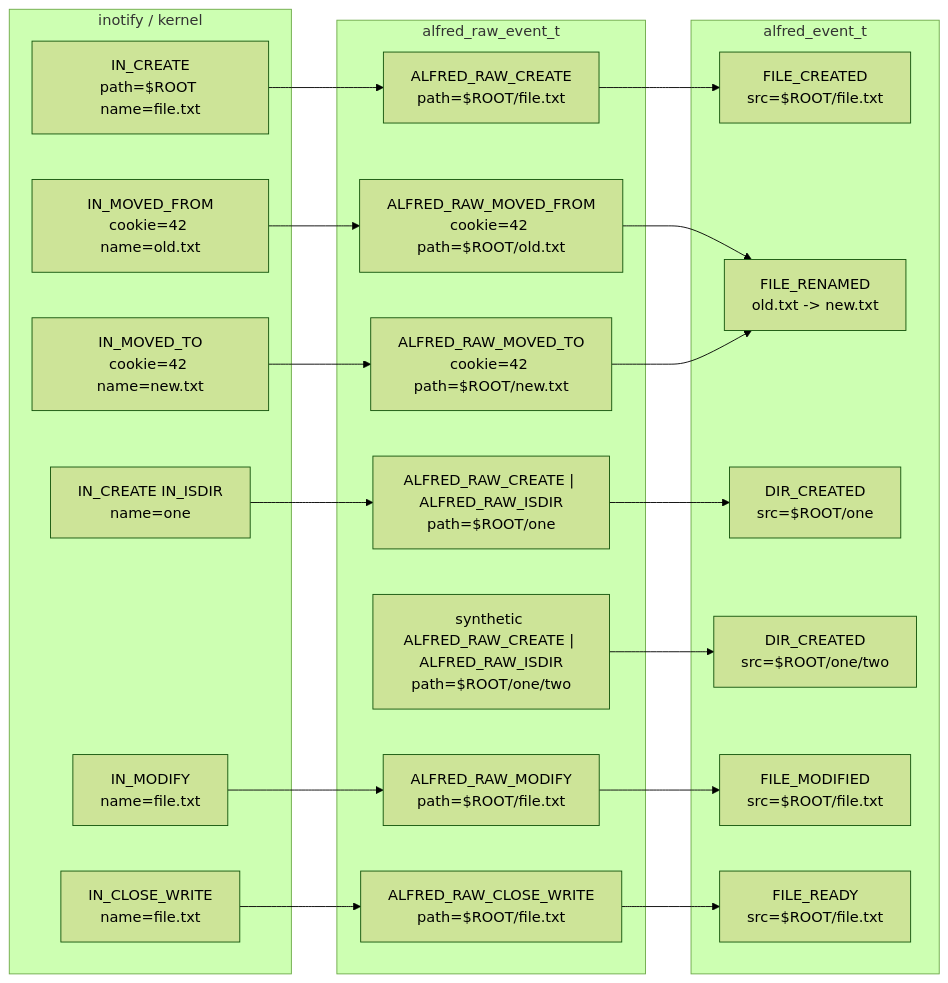
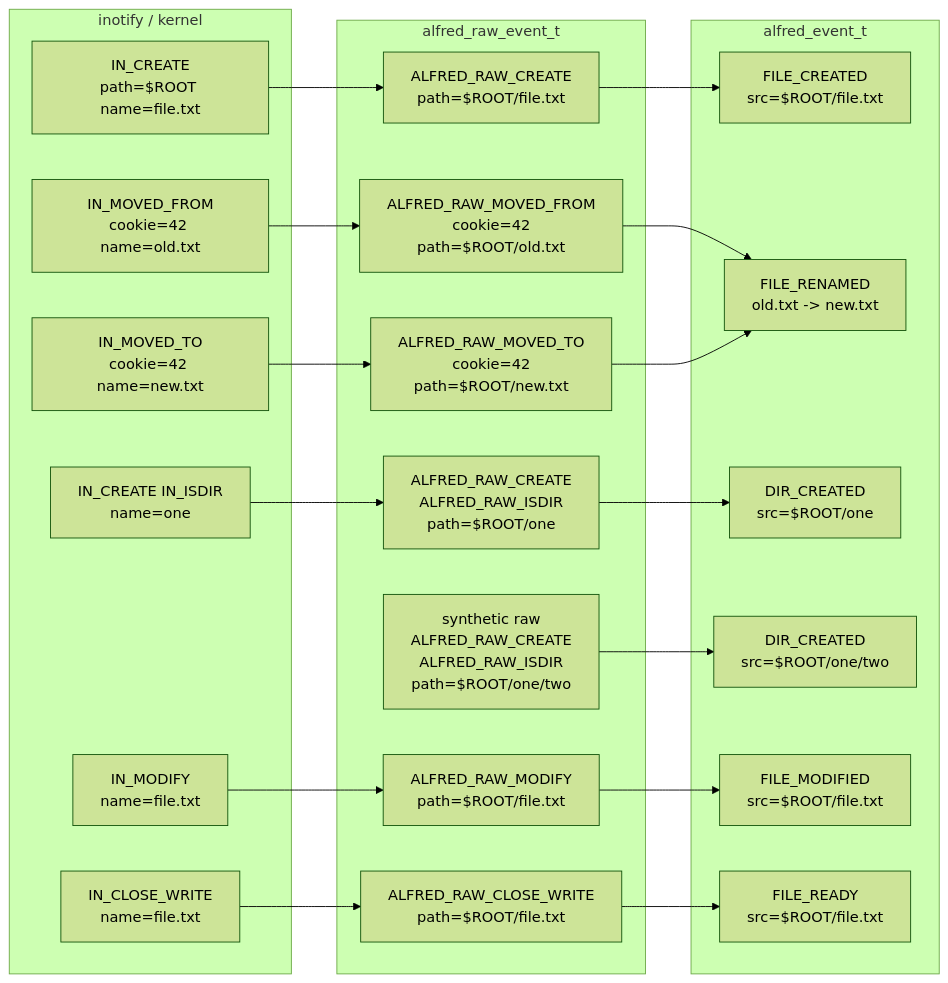
One commit to kinderp/alfred changed the third of 3 diagrams in docs/it/02-architettura-generale.md. Above: the diagram before and after it, drawn with Mermaid (forest theme). The commit also changed other lines of this file and 15 other files, not shown here.

````diff
--- a/docs/it/02-architettura-generale.md
+++ b/docs/it/02-architettura-generale.md
@@ -153,40 +153,40 @@
 ```mermaid
 flowchart LR
     subgraph Kernel[inotify / kernel]
         A1["IN_CREATE<br/>path=$ROOT name=file.txt"]
         A2["IN_MOVED_FROM<br/>cookie=42 name=old.txt"]
         A3["IN_MOVED_TO<br/>cookie=42 name=new.txt"]
         A4["IN_CREATE IN_ISDIR<br/>name=one"]
         A5["IN_MODIFY<br/>name=file.txt"]
         A6["IN_CLOSE_WRITE<br/>name=file.txt"]
     end
 
     subgraph Raw[alfred_raw_event_t]
         B1["ALFRED_RAW_CREATE<br/>path=$ROOT/file.txt"]
-        B2["ALFRED_RAW_MOVED_FROM<br/>cookie=42 path=$ROOT/old.txt"]
-        B3["ALFRED_RAW_MOVED_TO<br/>cookie=42 path=$ROOT/new.txt"]
-        B4["ALFRED_RAW_CREATE | ALFRED_RAW_ISDIR<br/>path=$ROOT/one"]
-        B5["synthetic ALFRED_RAW_CREATE | ALFRED_RAW_ISDIR<br/>path=$ROOT/one/two"]
+        B2["ALFRED_RAW_MOVED_FROM<br/>cookie=42<br/>path=$ROOT/old.txt"]
+        B3["ALFRED_RAW_MOVED_TO<br/>cookie=42<br/>path=$ROOT/new.txt"]
+        B4["ALFRED_RAW_CREATE<br/>ALFRED_RAW_ISDIR<br/>path=$ROOT/one"]
+        B5["synthetic raw<br/>ALFRED_RAW_CREATE<br/>ALFRED_RAW_ISDIR<br/>path=$ROOT/one/two"]
         B6["ALFRED_RAW_MODIFY<br/>path=$ROOT/file.txt"]
         B7["ALFRED_RAW_CLOSE_WRITE<br/>path=$ROOT/file.txt"]
     end
 
     subgraph Semantic[alfred_event_t]
         C1["FILE_CREATED<br/>src=$ROOT/file.txt"]
         C2["FILE_RENAMED<br/>old.txt -> new.txt"]
         C3["DIR_CREATED<br/>src=$ROOT/one"]
         C4["DIR_CREATED<br/>src=$ROOT/one/two"]
         C5["FILE_MODIFIED<br/>src=$ROOT/file.txt"]
         C6["FILE_READY<br/>src=$ROOT/file.txt"]
     end
 
     A1 --> B1 --> C1
     A2 --> B2
     A3 --> B3
     B2 --> C2
     B3 --> C2
     A4 --> B4 --> C3
     B5 --> C4
     A5 --> B6 --> C5
     A6 --> B7 --> C6
 ```
````
